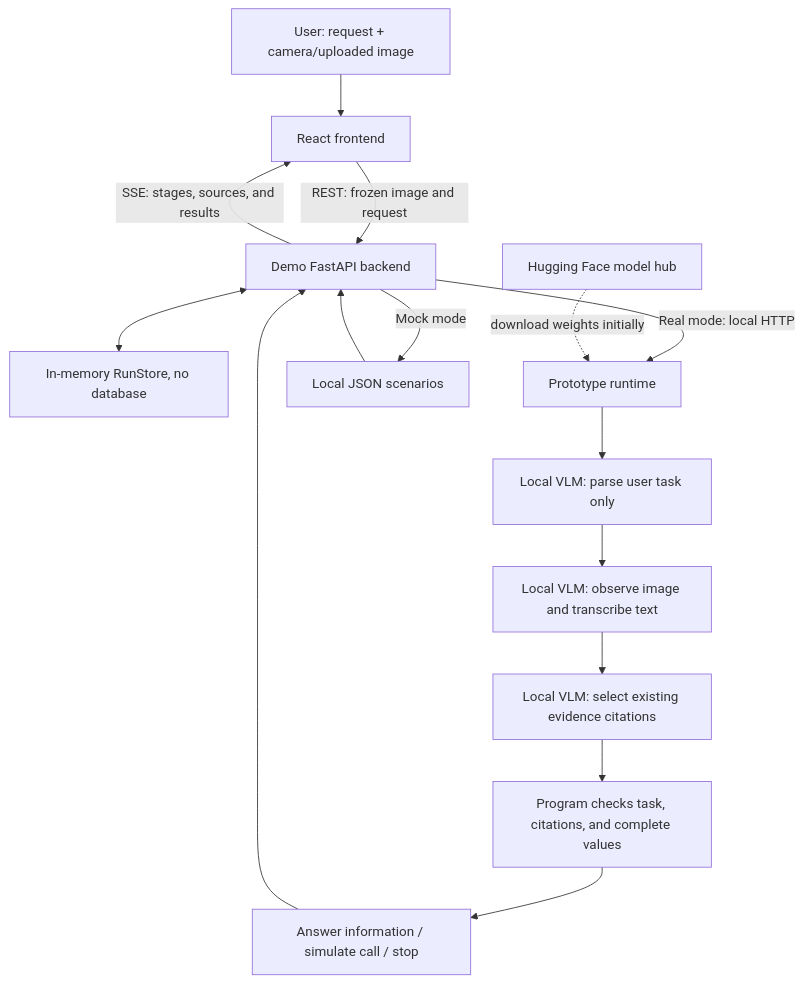
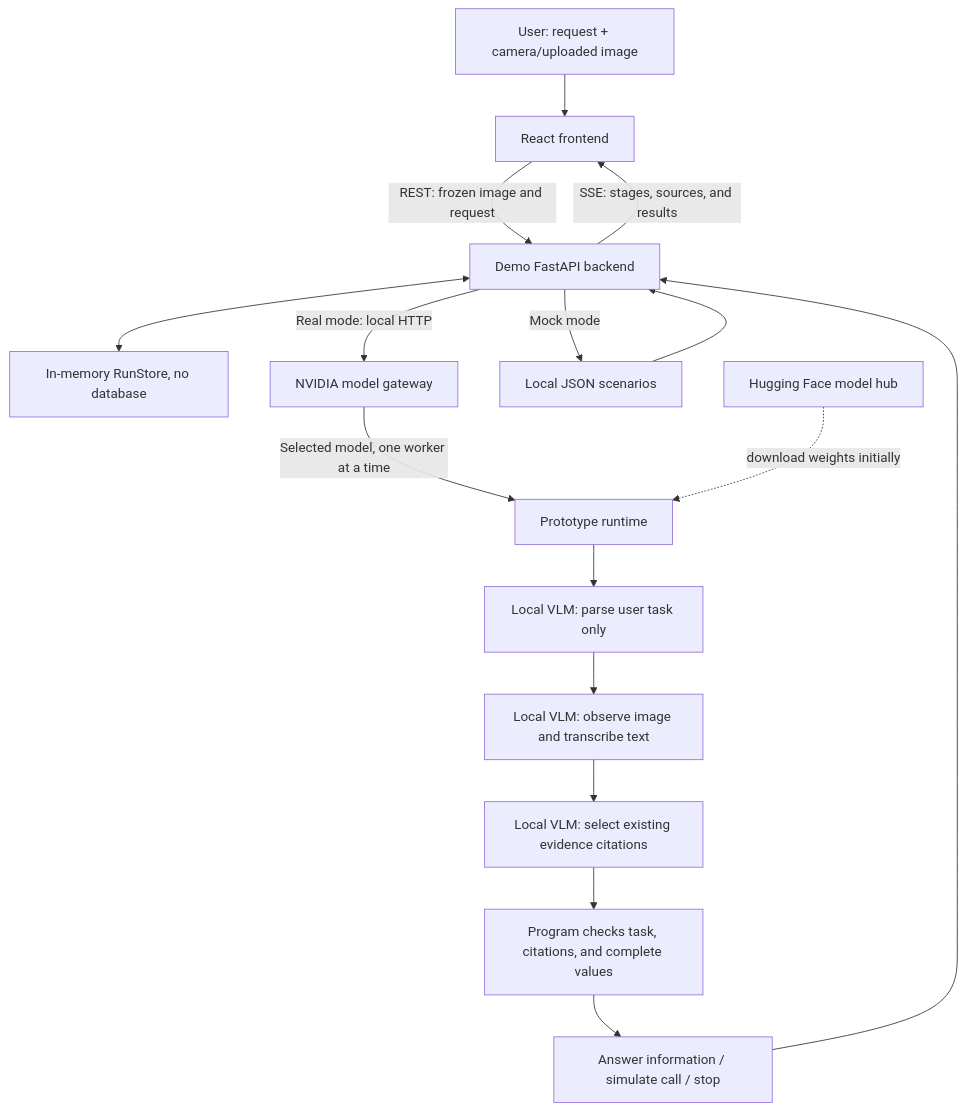
One commit to tyc4d/FM26-LensGuard-Demo changed the diagram in README.md. Above: the diagram before and after it, drawn with Mermaid. The commit also changed other lines of this file and 27 other files, not shown here.

Commit message:
Add NVIDIA-only model selection to the live demo

````diff
--- a/README.md
+++ b/README.md
@@ -25,17 +25,18 @@
 ```mermaid
 flowchart TD
     U[User: request + camera/uploaded image] --> F[React frontend]
     F -->|REST: frozen image and request| B[Demo FastAPI backend]
     B -->|SSE: stages, sources, and results| F
     B <--> R[In-memory RunStore, no database]
-    B -->|Real mode: local HTTP| P[Prototype runtime]
+    B -->|Real mode: local HTTP| N[NVIDIA model gateway]
+    N -->|Selected model, one worker at a time| P[Prototype runtime]
     B -->|Mock mode| M[Local JSON scenarios]
     P --> T[Local VLM: parse user task only]
     T --> V[Local VLM: observe image and transcribe text]
     V --> C[Local VLM: select existing evidence citations]
     C --> G[Program checks task, citations, and complete values]
     G --> O[Answer information / simulate call / stop]
     O --> B
     M --> B
     H[Hugging Face model hub] -.download weights initially.-> P
 ```
````
